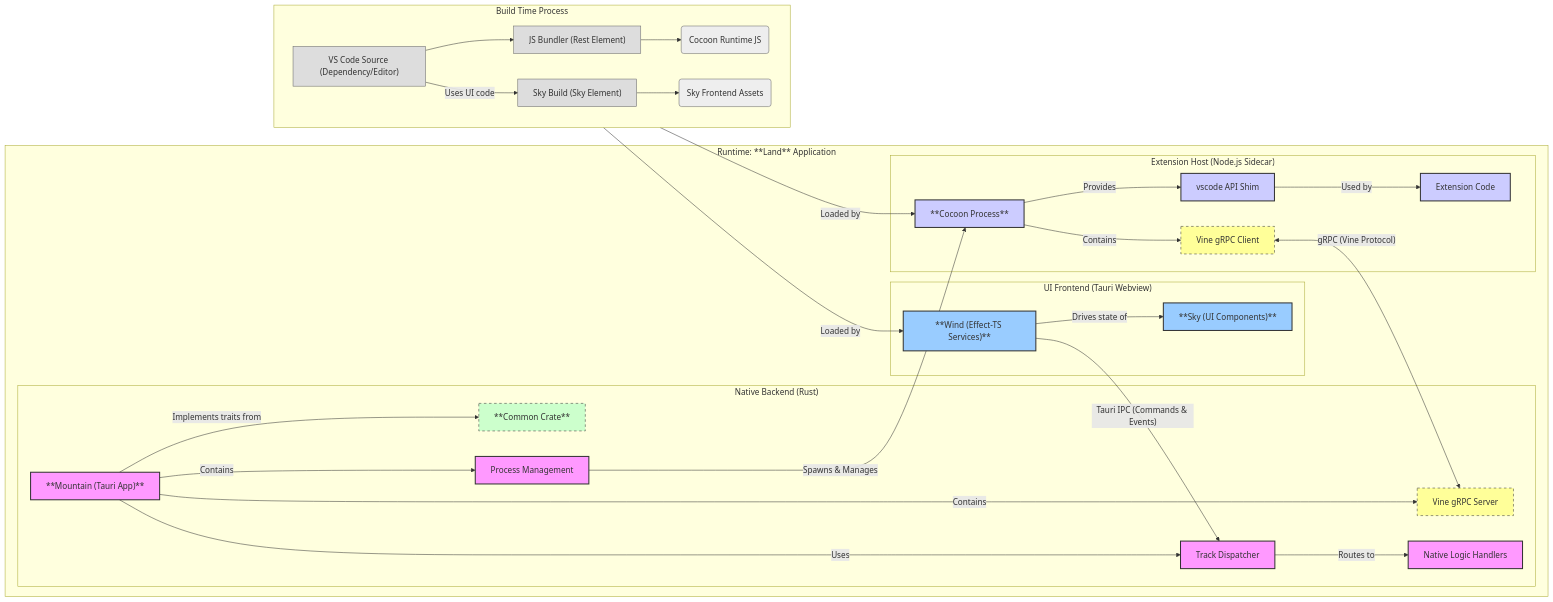
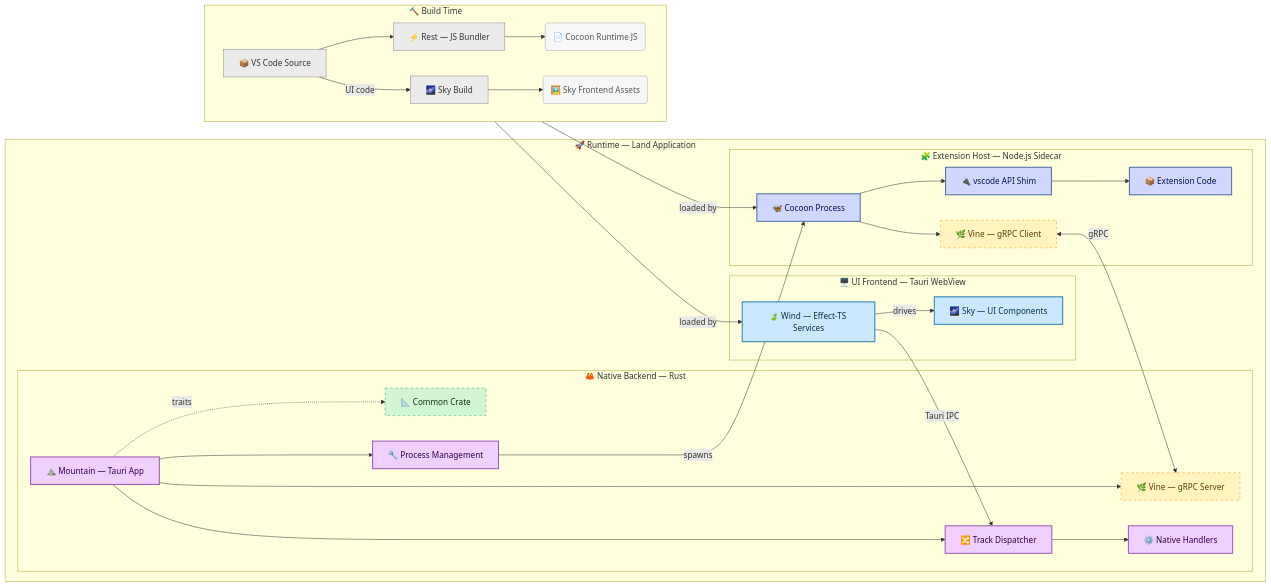
The diagram in README.md (CodeEditorLand/Land), drawn with Mermaid before and after one commit. The commit also changed other lines of this file, not shown here.

Commit message:
docs: em quad spacing, backticks on keywords, enriched mermaid, table cleanup

````diff
--- a/README.md
+++ b/README.md
@@ -128,67 +121,65 @@
 ```mermaid
 graph LR
-    classDef mountain fill:#f9f,stroke:#333,stroke-width:2px;
-    classDef cocoon fill:#ccf,stroke:#333,stroke-width:2px;
-    classDef wind fill:#9cf,stroke:#333,stroke-width:2px;
-    classDef common fill:#cfc,stroke:#333,stroke-width:1px,stroke-dasharray: 5 5;
-    classDef ipc fill:#ff9,stroke:#333,stroke-width:1px,stroke-dasharray: 5 5;
-    classDef build fill:#ddd,stroke:#666;
-    classDef data fill:#eee,stroke:#666;
+    classDef mountain fill:#f0d0ff,stroke:#9b59b6,stroke-width:2px,color:#2c0050;
+    classDef cocoon   fill:#d0d8ff,stroke:#4a6fa5,stroke-width:2px,color:#001050;
+    classDef wind     fill:#cce8ff,stroke:#2980b9,stroke-width:2px,color:#00304a;
+    classDef common   fill:#d4f5d4,stroke:#27ae60,stroke-width:1px,stroke-dasharray:5 5,color:#0a3a0a;
+    classDef ipc      fill:#fff3c0,stroke:#f39c12,stroke-width:1px,stroke-dasharray:5 5,color:#5a3e00;
+    classDef build    fill:#ebebeb,stroke:#888,color:#333;
+    classDef data     fill:#f7f7f7,stroke:#aaa,color:#555;
 
-    subgraph "Build Time Process"
+    subgraph "🔨 Build Time"
         direction LR
-        VSCodeSource["VS Code Source (Dependency/Editor)"]:::build
-        RestBuild["JS Bundler (Rest Element)"]:::build
-        CocoonBundleJS(Cocoon Runtime JS):::data
-        SkyBuildProcess["Sky Build (Sky Element)"]:::build
-        SkyAssets(Sky Frontend Assets):::data
+        VSCodeSource["📦 VS Code Source"]:::build
+        RestBuild["⚡ Rest — JS Bundler"]:::build
+        CocoonBundleJS("📄 Cocoon Runtime JS"):::data
+        SkyBuildProcess["🌌 Sky Build"]:::build
+        SkyAssets("🖼️ Sky Frontend Assets"):::data
 
-        VSCodeSource --> RestBuild;
-        VSCodeSource -- Uses UI code --> SkyBuildProcess;
-        RestBuild --> CocoonBundleJS;
-        SkyBuildProcess --> SkyAssets;
+        VSCodeSource --> RestBuild
+        VSCodeSource -- UI code --> SkyBuildProcess
+        RestBuild --> CocoonBundleJS
+        SkyBuildProcess --> SkyAssets
     end
 
-    subgraph "Runtime: **Land** Application"
-        subgraph "Native Backend (Rust)"
-            Mountain["**Mountain (Tauri App)**"]:::mountain
-            CommonCrate[**Common Crate**]:::common
-            TrackDispatcher[Track Dispatcher]:::mountain
-            VineGRPCServer[Vine gRPC Server]:::mountain
-            NativeHandlers["Native Logic Handlers"]:::mountain
-            ProcessMgmt["Process Management"]:::mountain
+    subgraph "🚀 Runtime — Land Application"
+        subgraph "🦀 Native Backend — Rust"
+            Mountain["⛰️ Mountain — Tauri App"]:::mountain
+            CommonCrate["📐 Common Crate"]:::common
+            TrackDispatcher["🔀 Track Dispatcher"]:::mountain
+            VineGRPCServer["🌿 Vine — gRPC Server"]:::ipc
+            NativeHandlers["⚙️ Native Handlers"]:::mountain
+            ProcessMgmt["🔧 Process Management"]:::mountain
 
-            Mountain -- Uses --> TrackDispatcher
-            TrackDispatcher -- Routes to --> NativeHandlers
-            Mountain -- Implements traits from --> CommonCrate
-            Mountain -- Contains --> VineGRPCServer
-            Mountain -- Contains --> ProcessMgmt
+            Mountain --> TrackDispatcher
+            TrackDispatcher --> NativeHandlers
+            Mountain -. traits .-> CommonCrate
+            Mountain --> VineGRPCServer
+            Mountain --> ProcessMgmt
         end
 
-        subgraph "UI Frontend (Tauri Webview)"
-            WindServices["**Wind (Effect-TS Services)**"]:::wind
-            SkyUI["**Sky (UI Components)**"]:::wind
-            WindServices -- Drives state of --> SkyUI
+        subgraph "🖥️ UI Frontend — Tauri WebView"
+            WindServices["🍃 Wind — Effect-TS Services"]:::wind
+            SkyUI["🌌 Sky — UI Components"]:::wind
+            WindServices -- drives --> SkyUI
         end
 
-        subgraph "Extension Host (Node.js Sidecar)"
-            Cocoon[**Cocoon Process**]:::cocoon
-            VineGRPCClient[Vine gRPC Client]:::cocoon
-            VSCodeAPI[vscode API Shim]:::cocoon
-            Extension["Extension Code"]:::cocoon
+        subgraph "🧩 Extension Host — Node.js Sidecar"
+            Cocoon["🦋 Cocoon Process"]:::cocoon
+            VineGRPCClient["🌿 Vine — gRPC Client"]:::ipc
+            VSCodeAPI["🔌 vscode API Shim"]:::cocoon
+            Extension["📦 Extension Code"]:::cocoon
 
-            Cocoon -- Contains --> VineGRPCClient
-            Cocoon -- Provides --> VSCodeAPI
-            VSCodeAPI -- Used by --> Extension
+            Cocoon --> VineGRPCClient
+            Cocoon --> VSCodeAPI
+            VSCodeAPI --> Extension
         end
 
-        ProcessMgmt -- Spawns & Manages --> Cocoon
-
-        WindServices -- Tauri IPC (Commands & Events) --> TrackDispatcher
-        VineGRPCClient -- gRPC (Vine Protocol) <--> VineGRPCServer; class VineGRPCClient,VineGRPCServer ipc;
-
+        ProcessMgmt -- spawns --> Cocoon
+        WindServices -- Tauri IPC --> TrackDispatcher
+        VineGRPCClient <-- gRPC --> VineGRPCServer
     end
 
-    CocoonBundleJS -- Loaded by --> Cocoon;
-    SkyAssets -- Loaded by --> WindServices;
+    CocoonBundleJS -- loaded by --> Cocoon
+    SkyAssets -- loaded by --> WindServices
 ```
````
